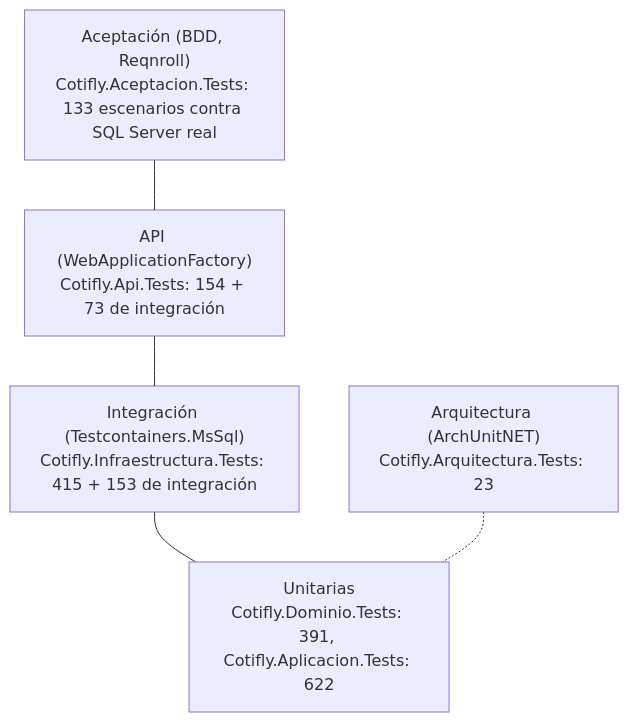
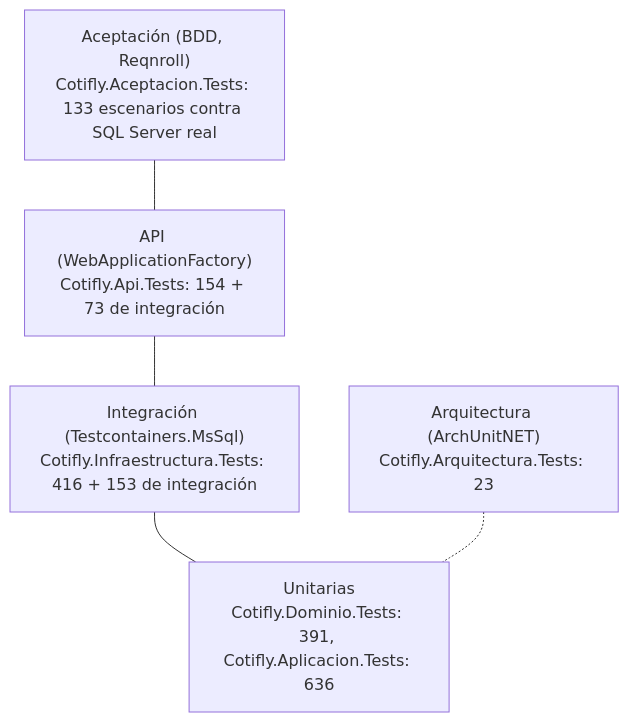
One commit to InnovacionIA-proyectos/Cotifly changed the diagram in backend-dotnet/docs/08-testing.md. Above: the diagram before and after it, drawn with Mermaid. The commit also changed other lines of this file and 9 other files, not shown here.

````diff
--- a/backend-dotnet/docs/08-testing.md
+++ b/backend-dotnet/docs/08-testing.md
@@ -19,10 +19,10 @@
 ```mermaid
 flowchart TB
     acep["Aceptación (BDD, Reqnroll)<br/>Cotifly.Aceptacion.Tests: 133 escenarios contra SQL Server real"]
     api["API (WebApplicationFactory)<br/>Cotifly.Api.Tests: 154 + 73 de integración"]
-    integ["Integración (Testcontainers.MsSql)<br/>Cotifly.Infraestructura.Tests: 415 + 153 de integración"]
-    unit["Unitarias<br/>Cotifly.Dominio.Tests: 391, Cotifly.Aplicacion.Tests: 622"]
+    integ["Integración (Testcontainers.MsSql)<br/>Cotifly.Infraestructura.Tests: 416 + 153 de integración"]
+    unit["Unitarias<br/>Cotifly.Dominio.Tests: 391, Cotifly.Aplicacion.Tests: 636"]
     arq["Arquitectura (ArchUnitNET)<br/>Cotifly.Arquitectura.Tests: 23"]
     acep --- api --- integ --- unit
     arq -.- unit
 ```
````
